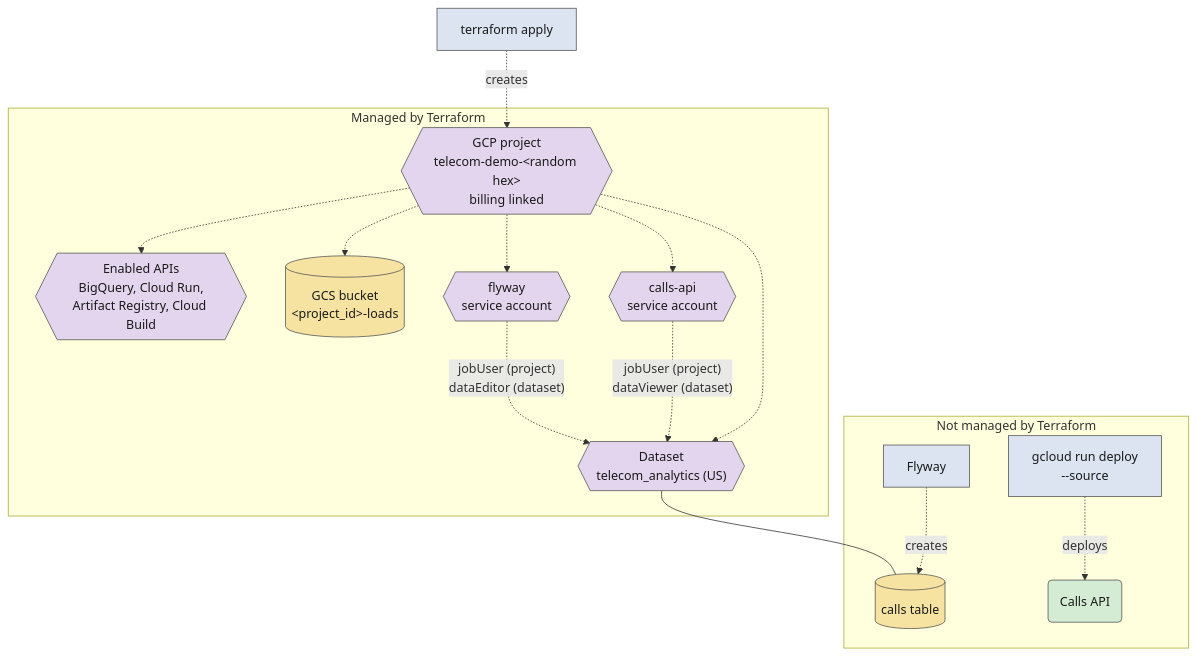
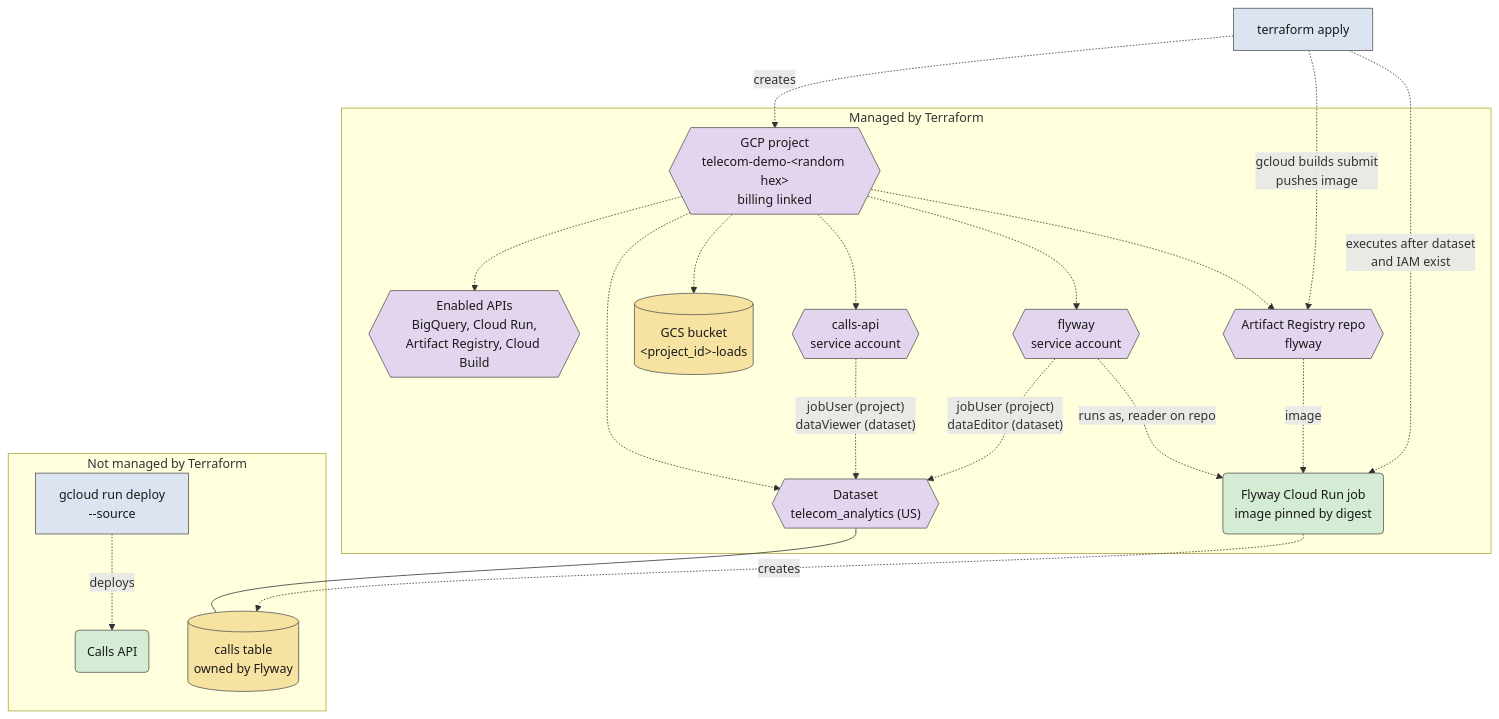
The third of 4 diagrams in README.md (castroaj/GCP-BQ-DEMO), drawn with Mermaid before and after one commit. The commit also changed other lines of this file and 2 other files, not shown here.

Commit message:
Update the spec, README diagrams and glossary for the Flyway Cloud Run job

````diff
--- a/README.md
+++ b/README.md
@@ -69,41 +69,47 @@
 ```mermaid
 flowchart TD
   tf["terraform apply"]
 
   subgraph managed["Managed by Terraform"]
     project{{"GCP project<br/>telecom-demo-&lt;random hex&gt;<br/>billing linked"}}
     apis{{"Enabled APIs<br/>BigQuery, Cloud Run,<br/>Artifact Registry, Cloud Build"}}
     ds{{"Dataset<br/>telecom_analytics (US)"}}
     bucket[("GCS bucket<br/>&lt;project_id&gt;-loads")]
     sa_api{{"calls-api<br/>service account"}}
     sa_fly{{"flyway<br/>service account"}}
+    repo{{"Artifact Registry repo<br/>flyway"}}
+    job("Flyway Cloud Run job<br/>image pinned by digest")
   end
 
   subgraph other["Not managed by Terraform"]
-    flyway["Flyway"]
-    table[("calls table")]
+    table[("calls table<br/>owned by Flyway")]
     deploy["gcloud run deploy<br/>--source"]
     api("Calls API")
   end
 
   tf -.->|creates| project
   project -.-> apis
   project -.-> ds
   project -.-> bucket
   project -.-> sa_api
   project -.-> sa_fly
   sa_api -.->|"jobUser (project)<br/>dataViewer (dataset)"| ds
   sa_fly -.->|"jobUser (project)<br/>dataEditor (dataset)"| ds
-  flyway -.->|creates| table
+  project -.-> repo
+  tf -.->|"gcloud builds submit<br/>pushes image"| repo
+  repo -.->|"image"| job
+  sa_fly -.->|"runs as, reader on repo"| job
+  tf -.->|"executes after dataset<br/>and IAM exist"| job
+  job -.->|creates| table
   ds --- table
   deploy -.->|deploys| api
 
   classDef tool fill:#dbe4f0,stroke:#555,color:#1a1a1a
   classDef compute fill:#d3ecd3,stroke:#555,color:#1a1a1a
   classDef store fill:#f6e3a1,stroke:#555,color:#1a1a1a
   classDef resource fill:#e3d5ee,stroke:#555,color:#1a1a1a
-  class tf,flyway,deploy tool
-  class api compute
+  class tf,deploy tool
+  class api,job compute
   class bucket,table store
-  class project,apis,ds,sa_api,sa_fly resource
+  class project,apis,ds,sa_api,sa_fly,repo resource
 ```
````
